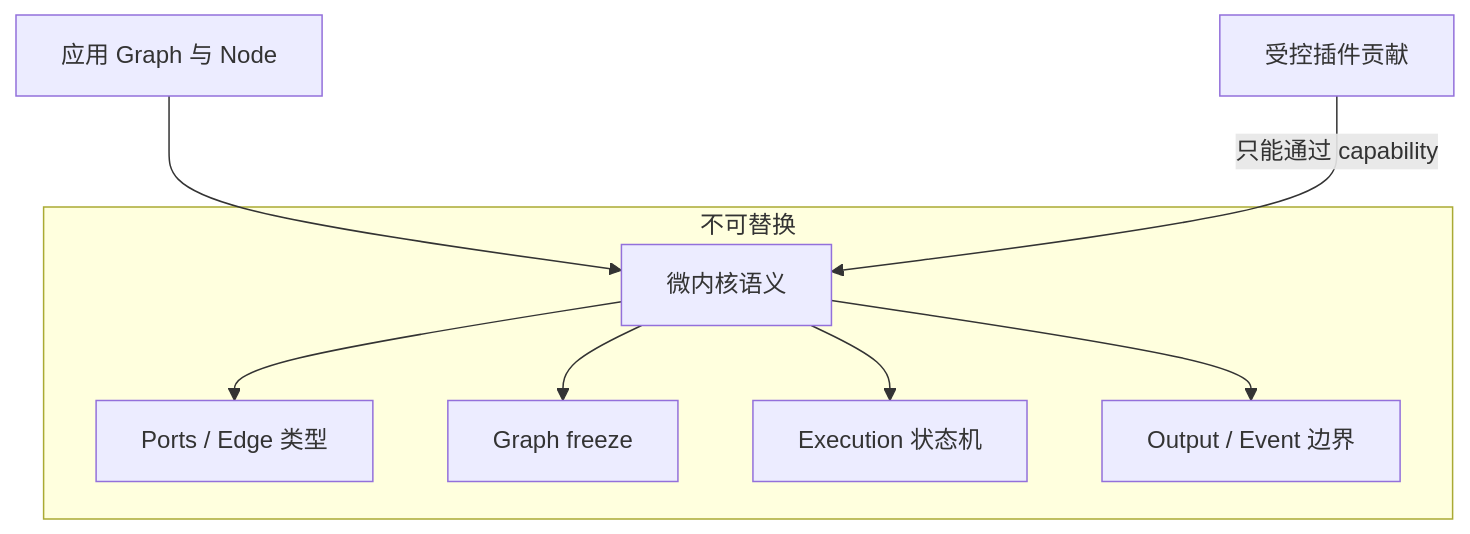
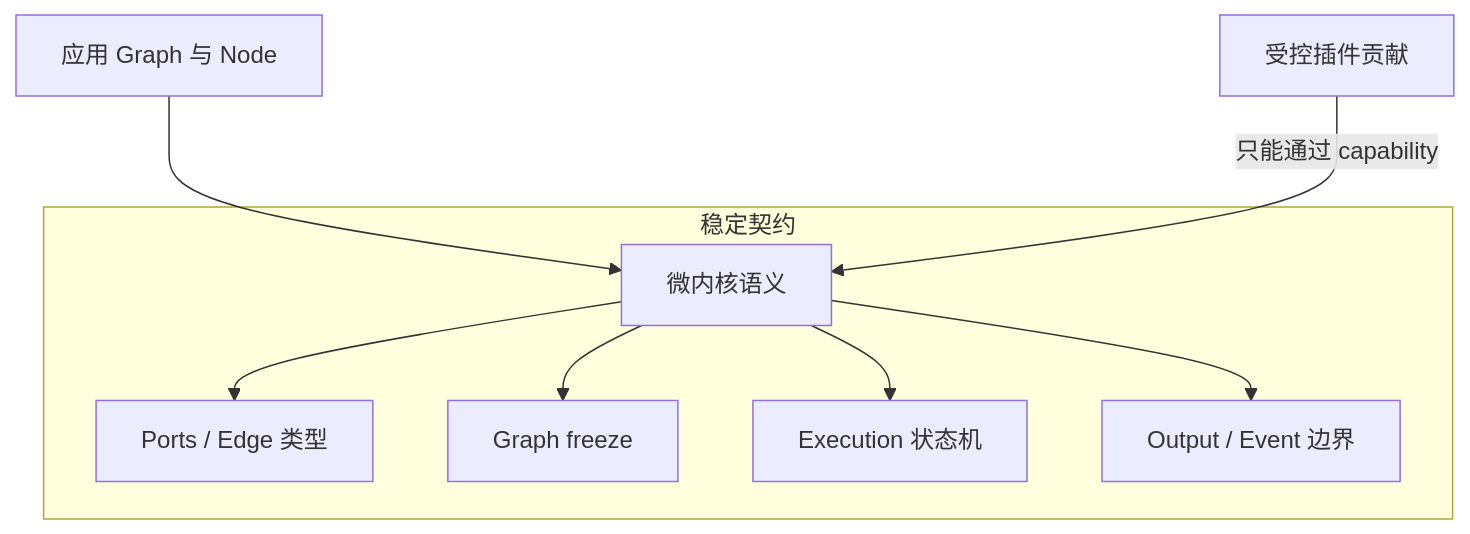
Before and after one commit to KKKKKKKEM/interlace: the second of 2 diagrams in docs/01-design-philosophy.md, drawn with Mermaid. The commit also changed other lines of this file and 23 other files, not shown here.

````diff
--- a/docs/01-design-philosophy.md
+++ b/docs/01-design-philosophy.md
@@ -82,16 +86,16 @@
 ```mermaid
 flowchart TB
     App[应用 Graph 与 Node]
     Contributions[受控插件贡献]
     Kernel[微内核语义]
 
     App --> Kernel
     Contributions -->|只能通过 capability| Kernel
 
-    subgraph Fixed[不可替换]
+    subgraph Fixed[稳定契约]
         Kernel --> Types[Ports / Edge 类型]
         Kernel --> Freeze[Graph freeze]
         Kernel --> Exec[Execution 状态机]
         Kernel --> Boundary[Output / Event 边界]
     end
 ```
````
